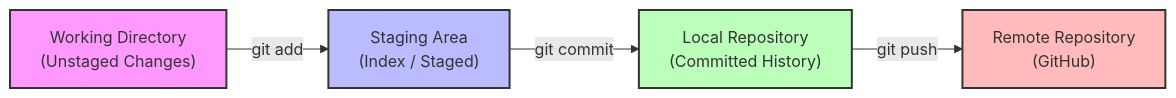
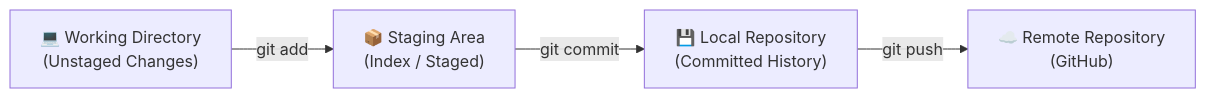
Before and after one commit to Hemanth-08-RA/Devopsdemo: the diagram in Git-GitHub/README.md, drawn with Mermaid.

Commit message:
style: Fix readability and contrast of Mermaid diagram in README

````diff
--- a/Git-GitHub/README.md
+++ b/Git-GitHub/README.md
@@ -24,11 +24,6 @@
 ```mermaid
 graph LR
-    A["Working Directory<br>(Unstaged Changes)"] -->|git add| B["Staging Area<br>(Index / Staged)"]
-    B -->|git commit| C["Local Repository<br>(Committed History)"]
-    C -->|git push| D["Remote Repository<br>(GitHub)"]
-    
-    style A fill:#f9f,stroke:#333,stroke-width:2px
-    style B fill:#bbf,stroke:#333,stroke-width:2px
-    style C fill:#bfb,stroke:#333,stroke-width:2px
-    style D fill:#fbb,stroke:#333,stroke-width:2px
+    A["💻 Working Directory<br>(Unstaged Changes)"] -->|git add| B["📦 Staging Area<br>(Index / Staged)"]
+    B -->|git commit| C["💾 Local Repository<br>(Committed History)"]
+    C -->|git push| D["☁️ Remote Repository<br>(GitHub)"]
 ```
````
